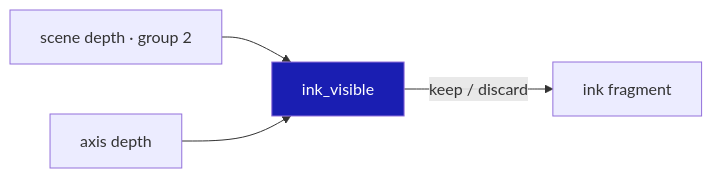
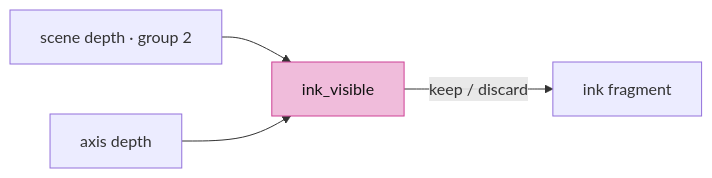
Before and after one commit to petrasvestartas/session: the fourth of 6 diagrams in session_viewer/docs/04b-strokes.md, drawn with Mermaid. The commit also changed other lines of this file and 23 other files, not shown here.

Commit message:
Course: Mermaid nodes white with black text, highlighted nodes pink, white arrows and edge labels on the black ground

````diff
--- a/session_viewer/docs/04b-strokes.md
+++ b/session_viewer/docs/04b-strokes.md
@@ -72,7 +72,7 @@
 ```mermaid
 flowchart LR
     D["scene depth · group 2"] --> V["ink_visible"]
     A["axis depth"] --> V
     V -- "keep / discard" --> F["ink fragment"]
-    style V fill:#1a1eb2,color:#fff
+    style V fill:#f0bcdb,stroke:#ce4095,color:#111
 ```
````
